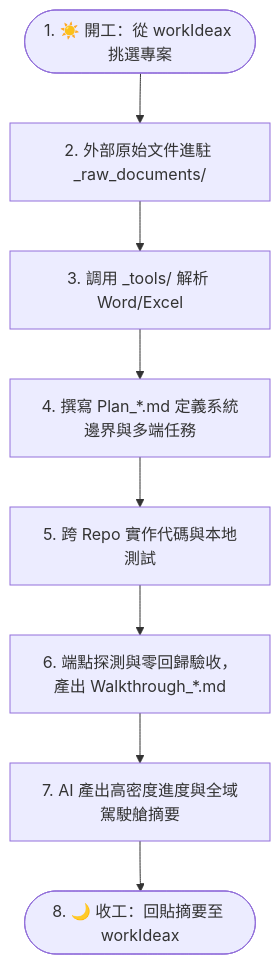
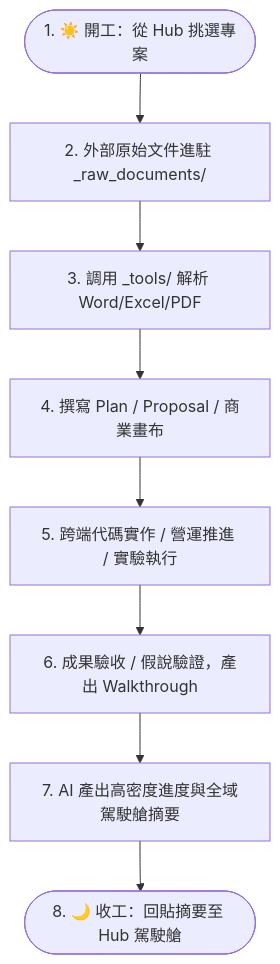
One commit to cchhss123/obs-temp changed the diagram in 專案使用指南.md. Above: the diagram before and after it, drawn with Mermaid. The commit also changed other lines of this file and 4 other files, not shown here.

````diff
--- a/專案使用指南.md
+++ b/專案使用指南.md
@@ -161,10 +198,10 @@
 ```mermaid
 flowchart TD
-    Start([1. ☀️ 開工：從 workIdeax 挑選專案]) --> Ingest[2. 外部原始文件進駐 _raw_documents/]
-    Ingest --> Extract[3. 調用 _tools/ 解析 Word/Excel]
-    Extract --> Plan[4. 撰寫 Plan_*.md 定義系統邊界與多端任務]
-    Plan --> Code[5. 跨 Repo 實作代碼與本地測試]
-    Code --> Test[6. 端點探測與零回歸驗收，產出 Walkthrough_*.md]
-    Test --> Summary[7. AI 產出高密度進度與全域駕駛艙摘要]
-    Summary --> End([8. 🌙 收工：回貼摘要至 workIdeax])
+    Start([1. ☀️ 開工：從 Hub 挑選專案]) --> Ingest[2. 外部原始文件進駐 _raw_documents/]
+    Ingest --> Extract[3. 調用 _tools/ 解析 Word/Excel/PDF]
+    Extract --> Plan[4. 撰寫 Plan / Proposal / 商業畫布]
+    Plan --> Exec[5. 跨端代碼實作 / 營運推進 / 實驗執行]
+    Exec --> Verify[6. 成果驗收 / 假說驗證，產出 Walkthrough]
+    Verify --> Summary[7. AI 產出高密度進度與全域駕駛艙摘要]
+    Summary --> End([8. 🌙 收工：回貼摘要至 Hub 駕駛艙])
 ```
````
